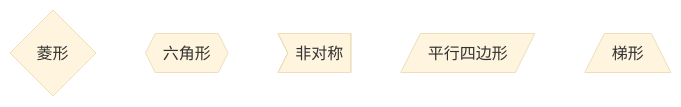
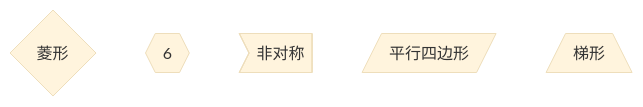
The ninth of 45 diagrams in GitHub/Mermaid教程收录.md (xinqinew/xinqinew.github.io), drawn with Mermaid (base theme) before and after one commit. The commit also changed 7 other files, not shown here.

````diff
--- a/GitHub/Mermaid教程收录.md
+++ b/GitHub/Mermaid教程收录.md
@@ -68,8 +68,8 @@
    ```mermaid
     graph 
 	f{菱形}
-	g{{六角形}}
+	g{{6}}
 	h>非对称]
 	i[/平行四边形/]
 	j[/梯形\]
    ```
````
